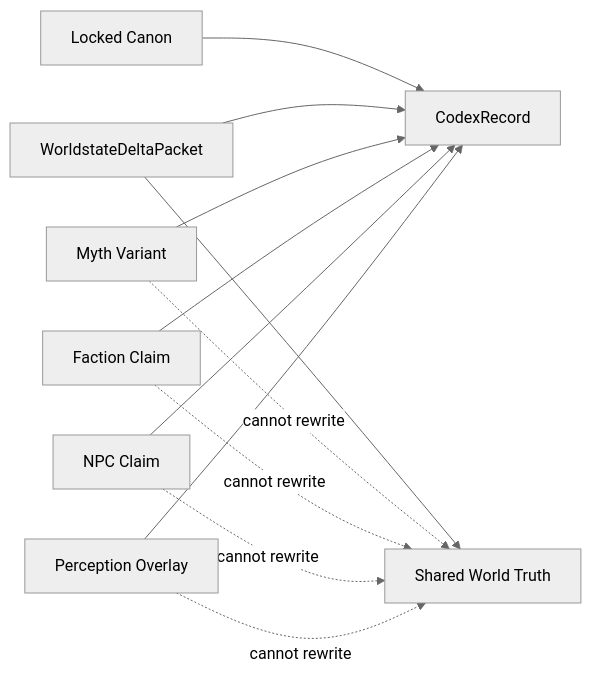
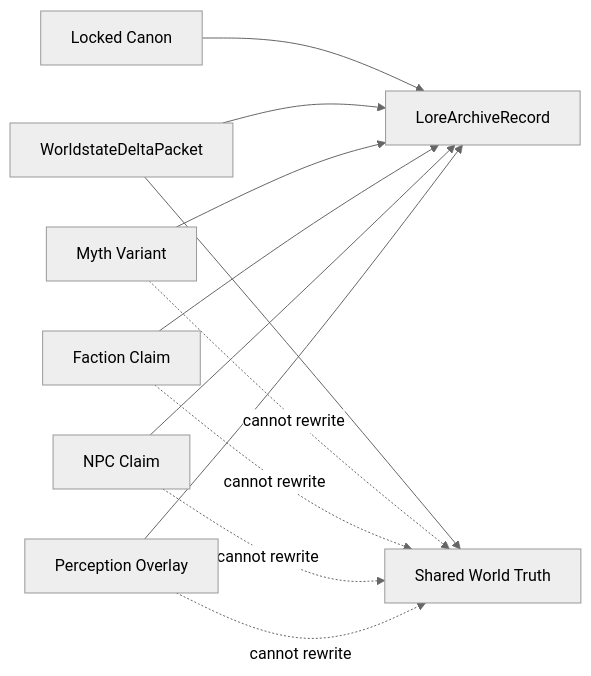
One commit to flynn33/yggdrasil-world-engine changed the second of 2 diagrams in docs/architecture/quest_npc_lore_generation_v1.md. Above: the diagram before and after it, drawn with Mermaid (neutral theme). The commit also changed other lines of this file and 199 other files, not shown here.

````diff
--- a/docs/architecture/quest_npc_lore_generation_v1.md
+++ b/docs/architecture/quest_npc_lore_generation_v1.md
@@ -115,23 +115,23 @@
 ```mermaid
 flowchart LR
   Canon["Locked Canon"]
   Delta["WorldstateDeltaPacket"]
   Myth["Myth Variant"]
   Faction["Faction Claim"]
   NPC["NPC Claim"]
   Perception["Perception Overlay"]
-  Codex["CodexRecord"]
+  Archive["LoreArchiveRecord"]
   Shared["Shared World Truth"]
 
-  Canon --> Codex
-  Delta --> Codex
-  Myth --> Codex
-  Faction --> Codex
-  NPC --> Codex
-  Perception --> Codex
+  Canon --> Archive
+  Delta --> Archive
+  Myth --> Archive
+  Faction --> Archive
+  NPC --> Archive
+  Perception --> Archive
   Delta --> Shared
   Myth -. "cannot rewrite" .-> Shared
   Faction -. "cannot rewrite" .-> Shared
   NPC -. "cannot rewrite" .-> Shared
   Perception -. "cannot rewrite" .-> Shared
 ```
````
